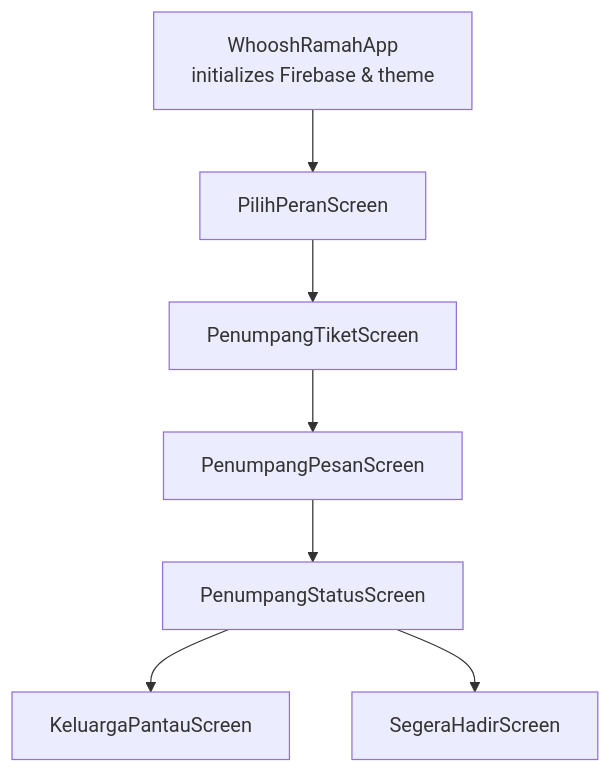
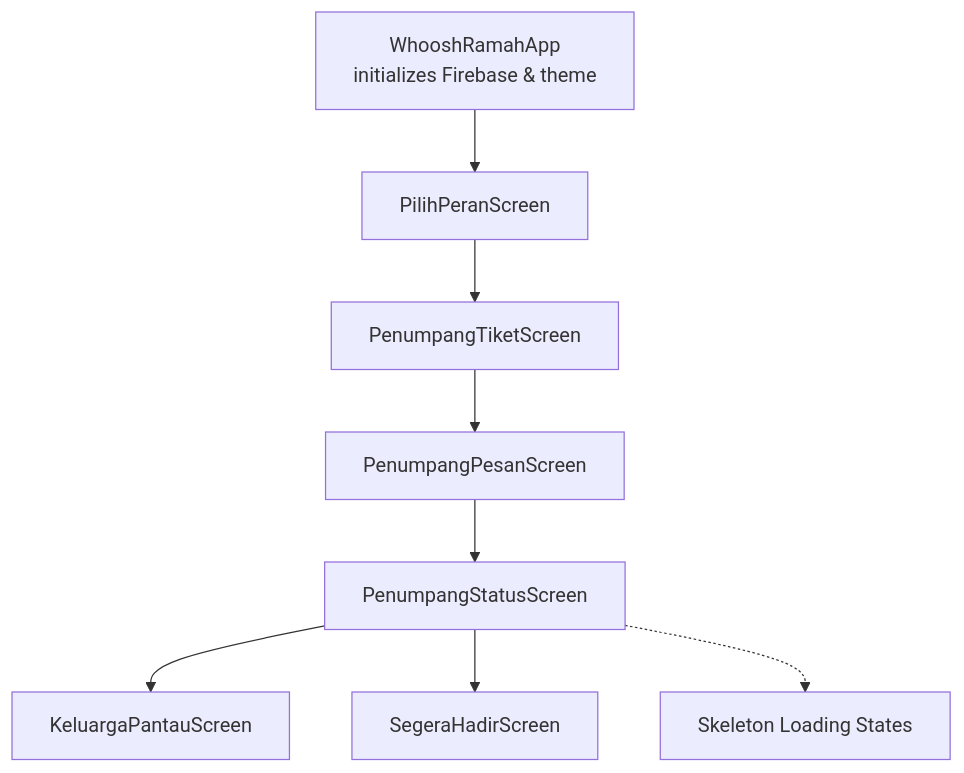
The first of 5 diagrams in .qoder/repowiki/en/content/Mobile Application/Passenger Interface/Passenger Interface.md (rdsarjito/whoosh-ramah), drawn with Mermaid before and after one commit. The commit also changed other lines of this file and 68 other files, not shown here.

````diff
--- a/.qoder/repowiki/en/content/Mobile Application/Passenger Interface/Passenger Interface.md
+++ b/.qoder/repowiki/en/content/Mobile Application/Passenger Interface/Passenger Interface.md
@@ -43,9 +52,10 @@
 ```mermaid
 graph TB
 App["WhooshRamahApp<br/>initializes Firebase & theme"] --> RoleScreen["PilihPeranScreen"]
 RoleScreen --> Tiket["PenumpangTiketScreen"]
 Tiket --> Pesan["PenumpangPesanScreen"]
 Pesan --> Status["PenumpangStatusScreen"]
 Status --> Keluarga["KeluargaPantauScreen"]
 Status --> SegeraHadir["SegeraHadirScreen"]
+Status -.-> Skeleton["Skeleton Loading States"]
 ```
````
